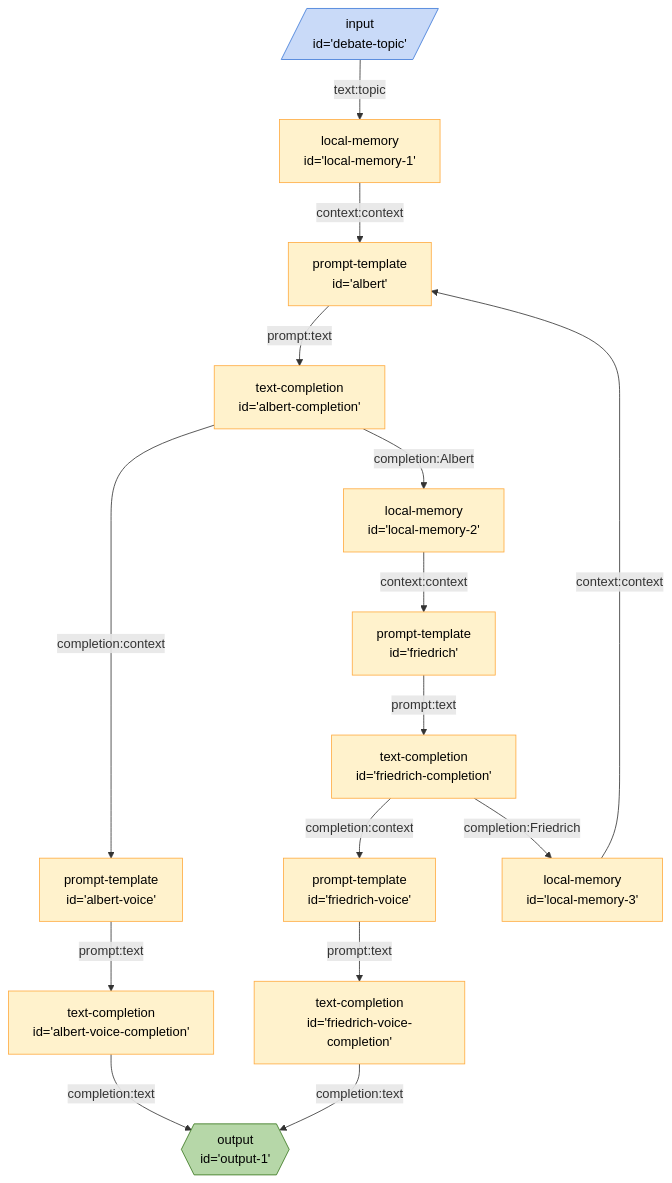
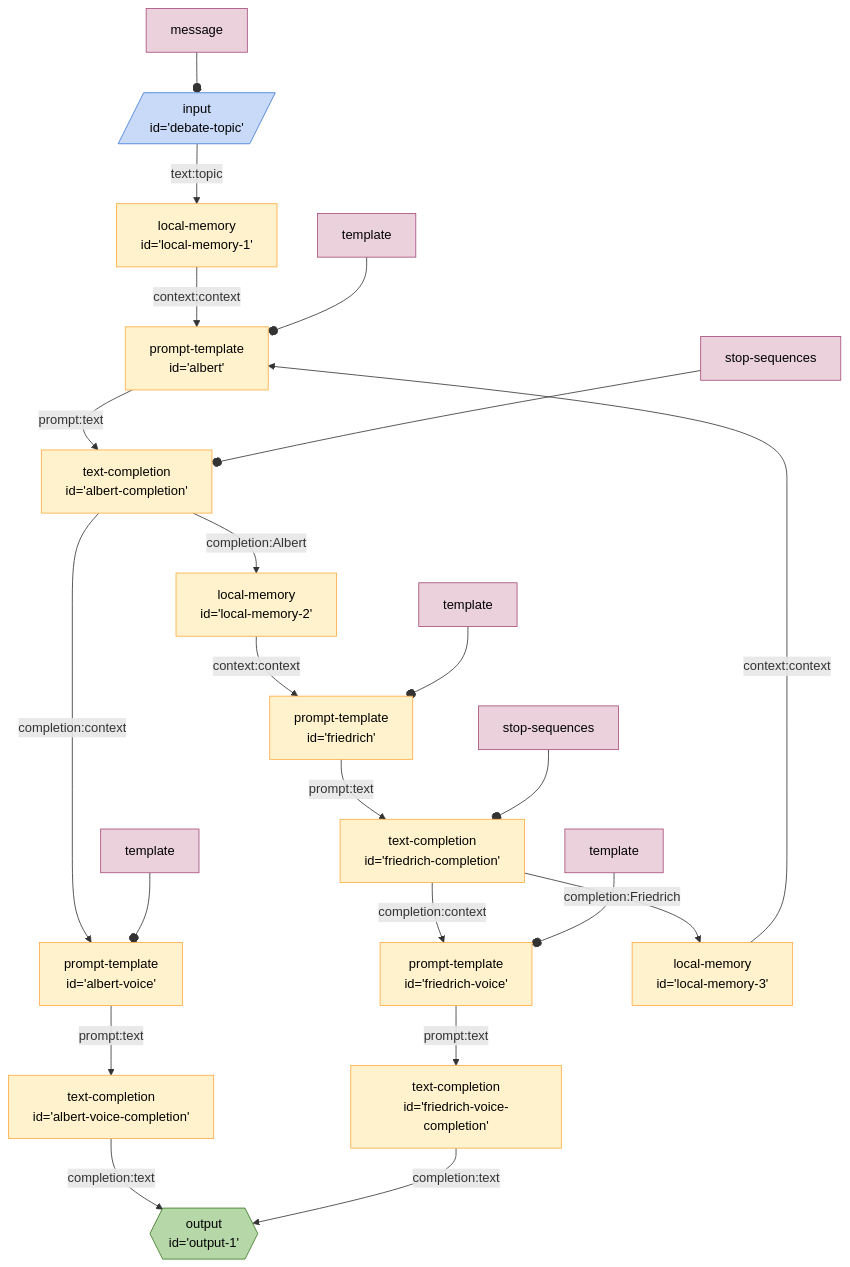
Before and after one commit to breadboard-ai/breadboard: the diagram in seeds/graph-playground/docs/graphs/endless-debate-with-voice.md, drawn with Mermaid. The commit also changed 15 other files, not shown here.

First line of the commit message:
[graphs] Show `configuration` as constants.

````diff
--- a/seeds/graph-playground/docs/graphs/endless-debate-with-voice.md
+++ b/seeds/graph-playground/docs/graphs/endless-debate-with-voice.md
@@ -4,52 +4,60 @@
 ```mermaid
 %%{init: 'themeVariables': { 'fontFamily': 'Fira Code, monospace' }}%%
 graph TD;
 debatetopic[/"input
 id='debate-topic'"/]:::input -- text:topic --> localmemory1["local-memory
 id='local-memory-1'"]
 localmemory1["local-memory
 id='local-memory-1'"] -- context:context --> albert["prompt-template
 id='albert'"]
 albert["prompt-template
 id='albert'"] -- prompt:text --> albertcompletion["text-completion
 id='albert-completion'"]
 albertcompletion["text-completion
 id='albert-completion'"] -- completion:context --> albertvoice["prompt-template
 id='albert-voice'"]
 albertvoice["prompt-template
 id='albert-voice'"] -- prompt:text --> albertvoicecompletion["text-completion
 id='albert-voice-completion'"]
 albertvoicecompletion["text-completion
 id='albert-voice-completion'"] -- completion:text --> output1{{"output
 id='output-1'"}}:::output
 albertcompletion["text-completion
 id='albert-completion'"] -- completion:Albert --> localmemory2["local-memory
 id='local-memory-2'"]
 localmemory2["local-memory
 id='local-memory-2'"] -- context:context --> friedrich["prompt-template
 id='friedrich'"]
 friedrich["prompt-template
 id='friedrich'"] -- prompt:text --> friedrichcompletion["text-completion
 id='friedrich-completion'"]
 friedrichcompletion["text-completion
 id='friedrich-completion'"] -- completion:context --> friedrichvoice["prompt-template
 id='friedrich-voice'"]
 friedrichvoice["prompt-template
 id='friedrich-voice'"] -- prompt:text --> friedrichvoicecompletion["text-completion
 id='friedrich-voice-completion'"]
 friedrichvoicecompletion["text-completion
 id='friedrich-voice-completion'"] -- completion:text --> output1{{"output
 id='output-1'"}}:::output
 friedrichcompletion["text-completion
 id='friedrich-completion'"] -- completion:Friedrich --> localmemory3["local-memory
 id='local-memory-3'"]
 localmemory3["local-memory
 id='local-memory-3'"] -- context:context --> albert["prompt-template
 id='albert'"]
+messagedebatetopic[message]:::config --o debatetopic
+stopsequencesalbertcompletion[stop-sequences]:::config --o albertcompletion
+stopsequencesfriedrichcompletion[stop-sequences]:::config --o friedrichcompletion
+templatealbert[template]:::config --o albert
+templatefriedrich[template]:::config --o friedrich
+templatefriedrichvoice[template]:::config --o friedrichvoice
+templatealbertvoice[template]:::config --o albertvoice
 classDef default stroke:#ffab40,fill:#fff2ccff,color:#000
 classDef input stroke:#3c78d8,fill:#c9daf8ff,color:#000
 classDef output stroke:#38761d,fill:#b6d7a8ff,color:#000
 classDef passthrough stroke:#a64d79,fill:#ead1dcff,color:#000
 classDef slot stroke:#a64d79,fill:#ead1dcff,color:#000
+classDef config stroke:#a64d79,fill:#ead1dcff,color:#000
 classDef slotted stroke:#a64d79
 ```
````
